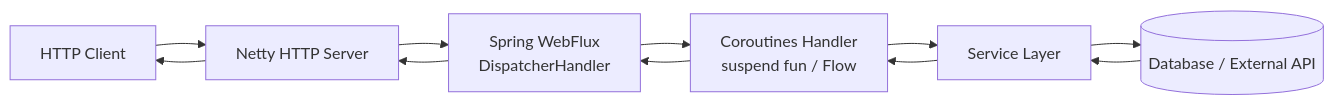
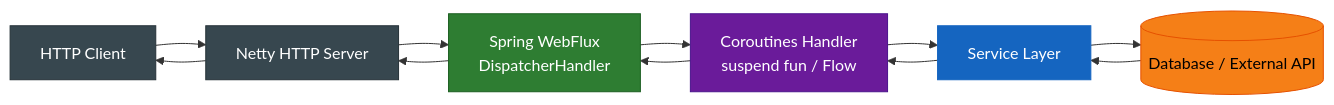
One commit to bluetape4k/bluetape4k-projects changed the second of 4 diagrams in spring-boot3/core/README.md. Above: the diagram before and after it, drawn with Mermaid. The commit also changed other lines of this file and 221 other files, not shown here.

First line of the commit message:
docs: 전체 모듈 README UML 다이어그램 보강 및 색상 업그레이드

````diff
--- a/spring-boot3/core/README.md
+++ b/spring-boot3/core/README.md
@@ -113,13 +120,26 @@
 ```mermaid
 flowchart LR
     Client["HTTP Client"] --> Netty["Netty HTTP Server"]
     Netty --> WebFlux["Spring WebFlux<br/>DispatcherHandler"]
     WebFlux --> Handler["Coroutines Handler<br/>suspend fun / Flow"]
     Handler --> Service["Service Layer"]
     Service --> DB[("Database / External API")]
     DB --> Service
     Service --> Handler
     Handler --> WebFlux
     WebFlux --> Netty
     Netty --> Client
+
+    classDef extStyle fill:#37474F,stroke:#263238,color:#FFFFFF
+    classDef springStyle fill:#2E7D32,stroke:#1B5E20,color:#FFFFFF
+    classDef asyncStyle fill:#6A1B9A,stroke:#4A148C,color:#FFFFFF
+    classDef serviceStyle fill:#1565C0,stroke:#1565C0,color:#FFFFFF
+    classDef dataStyle fill:#F57F17,stroke:#E65100,color:#000000
+
+    class Client extStyle
+    class Netty extStyle
+    class WebFlux springStyle
+    class Handler asyncStyle
+    class Service serviceStyle
+    class DB dataStyle
 ```
````
